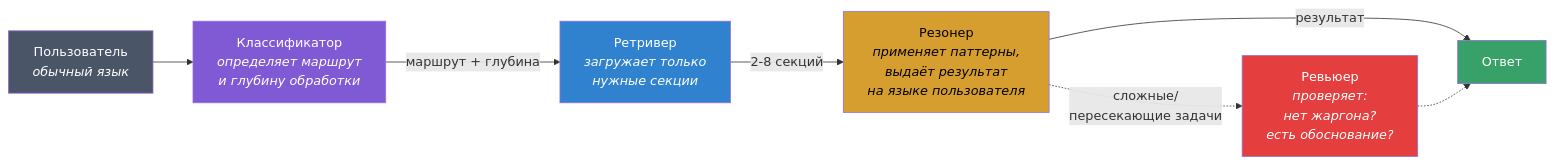
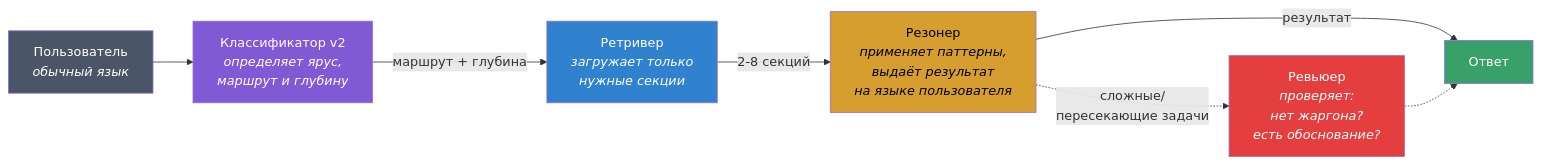
Before and after one commit to pokrovskiyv/FPF-agent: the second of 4 diagrams in Readme.md, drawn with Mermaid. The commit also changed other lines of this file, not shown here.

Commit message:
docs: update README for three-tier routing architecture (10 routes + semantic fallback)

````diff
--- a/Readme.md
+++ b/Readme.md
@@ -88,16 +113,16 @@
 ```mermaid
 graph LR
-    U["Пользователь<br/><i>обычный язык</i>"] --> C["Классификатор<br/><i>определяет маршрут<br/>и глубину обработки</i>"]
+    U["Пользователь<br/><i>обычный язык</i>"] --> C["Классификатор v2<br/><i>определяет ярус,<br/>маршрут и глубину</i>"]
     C -->|"маршрут + глубина"| R["Ретривер<br/><i>загружает только<br/>нужные секции</i>"]
     R -->|"2-8 секций"| Re["Резонер<br/><i>применяет паттерны,<br/>выдаёт результат<br/>на языке пользователя</i>"]
     Re -->|"результат"| O["Ответ"]
     Re -.->|"сложные/<br/>пересекающие задачи"| Rev["Ревьюер<br/><i>проверяет:<br/>нет жаргона?<br/>есть обоснование?</i>"]
     Rev -.-> O
 
     style U fill:#4a5568,color:#fff
     style C fill:#805ad5,color:#fff
     style R fill:#3182ce,color:#fff
     style Re fill:#d69e2e,color:#000
     style Rev fill:#e53e3e,color:#fff
     style O fill:#38a169,color:#fff
 ```
````
